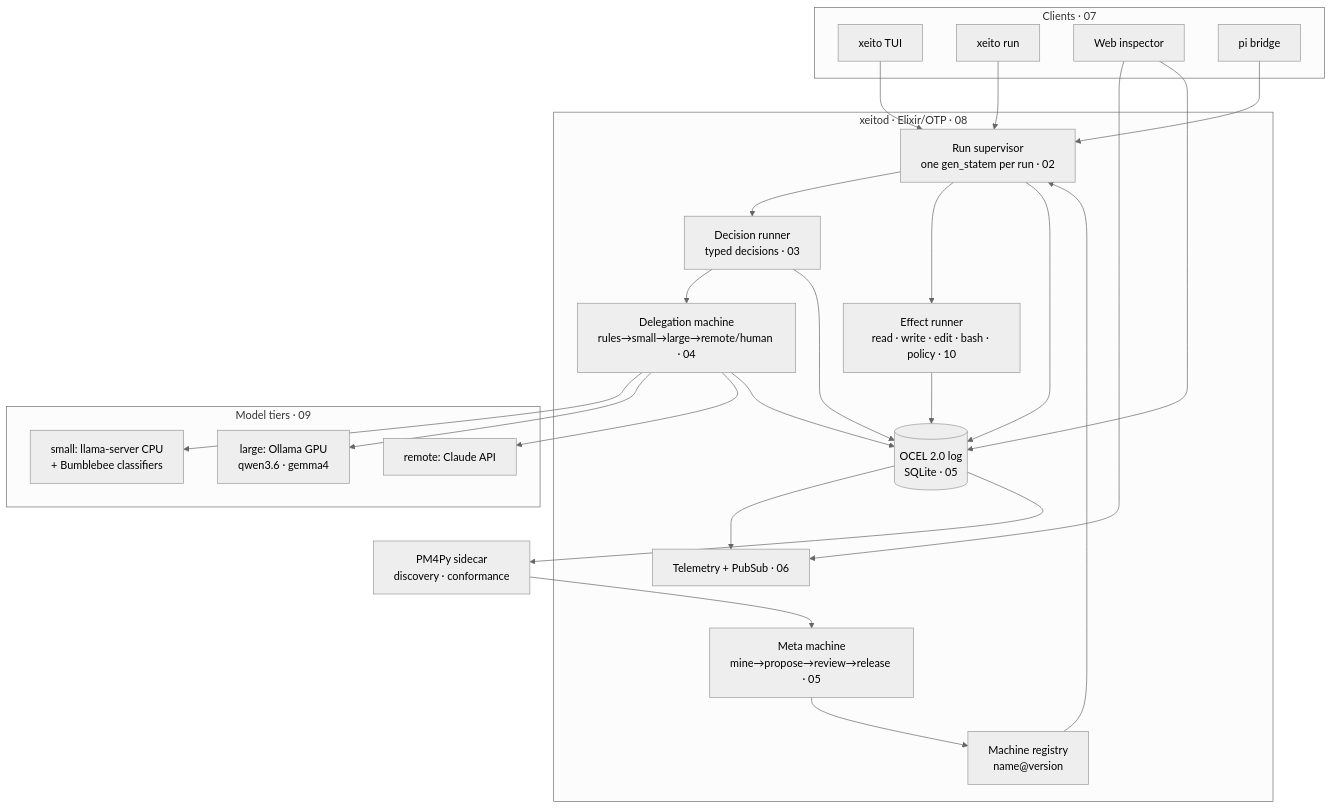
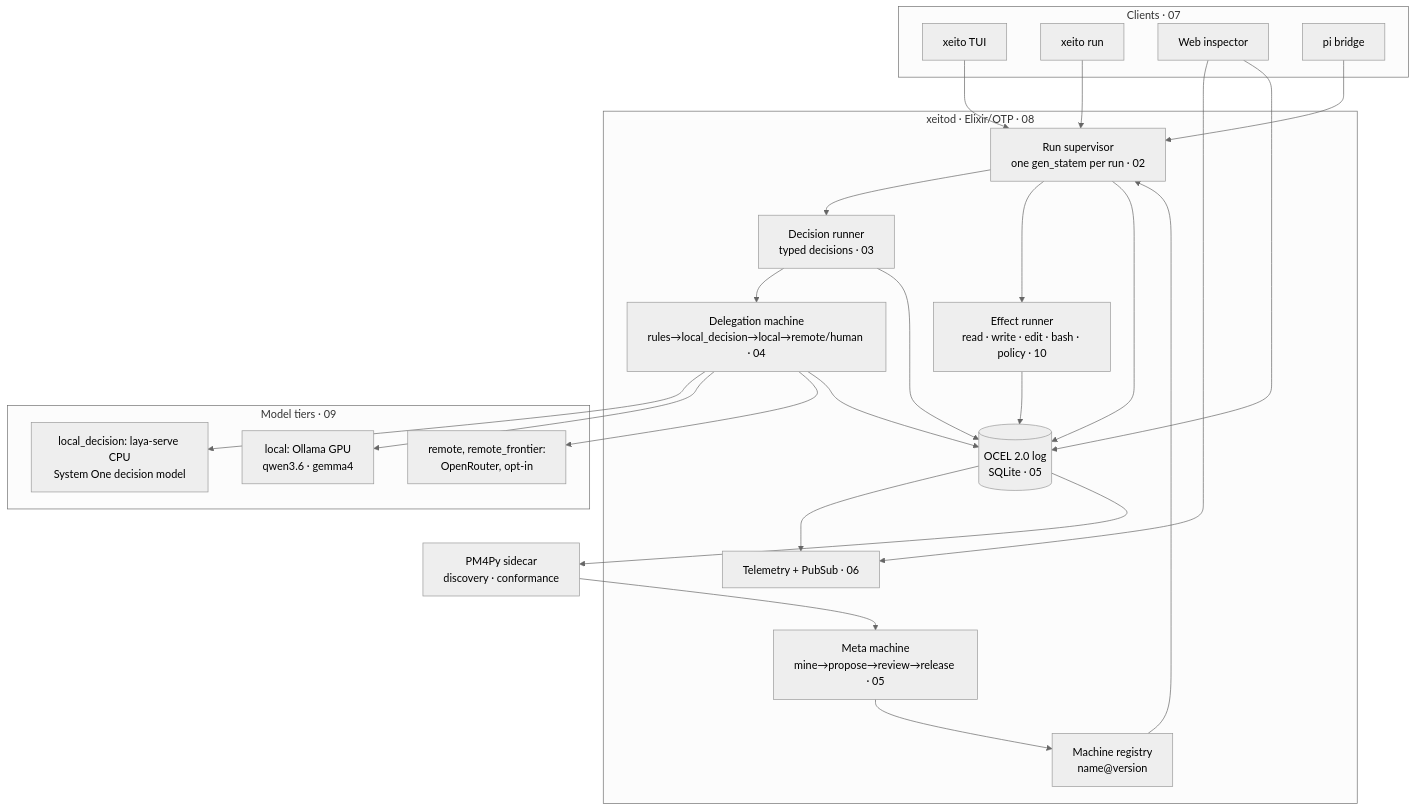
The diagram in docs/architecture/00-overview.md (romeroabelleira/xeito), drawn with Mermaid (neutral theme) before and after one commit. The commit also changed 55 other files, not shown here.

````diff
--- a/docs/architecture/00-overview.md
+++ b/docs/architecture/00-overview.md
@@ -13,39 +13,39 @@
 ```mermaid
 flowchart TB
   subgraph clients[Clients · 07]
     TUI[xeito TUI]
     CLI[xeito run]
     WEB[Web inspector]
     PI[pi bridge]
   end
 
   subgraph daemon[xeitod · Elixir/OTP · 08]
     REG[Machine registry<br/>name@version]
     RUNS[Run supervisor<br/>one gen_statem per run · 02]
     DEC[Decision runner<br/>typed decisions · 03]
-    DEL[Delegation machine<br/>rules→small→large→remote/human · 04]
+    DEL[Delegation machine<br/>rules→local_decision→local→remote/human · 04]
     EFF[Effect runner<br/>read · write · edit · bash · policy · 10]
     TEL[Telemetry + PubSub · 06]
     LOG[(OCEL 2.0 log<br/>SQLite · 05)]
     META[Meta machine<br/>mine→propose→review→release · 05]
   end
 
   subgraph models[Model tiers · 09]
-    SMALL[small: llama-server CPU<br/>+ Bumblebee classifiers]
-    LARGE[large: Ollama GPU<br/>qwen3.6 · gemma4]
-    REMOTE[remote: Claude API]
+    SMALL[local_decision: laya-serve CPU<br/>System One decision model]
+    LARGE[local: Ollama GPU<br/>qwen3.6 · gemma4]
+    REMOTE[remote, remote_frontier:<br/>OpenRouter, opt-in]
   end
 
   MINE[PM4Py sidecar<br/>discovery · conformance]
 
   TUI & CLI & PI --> RUNS
   WEB --> TEL
   WEB --> LOG
   REG --> RUNS
   RUNS --> DEC --> DEL
   DEL --> SMALL & LARGE & REMOTE
   RUNS --> EFF
   RUNS & DEC & DEL & EFF --> LOG
   LOG --> TEL
   LOG --> MINE --> META --> REG
 ```
````
